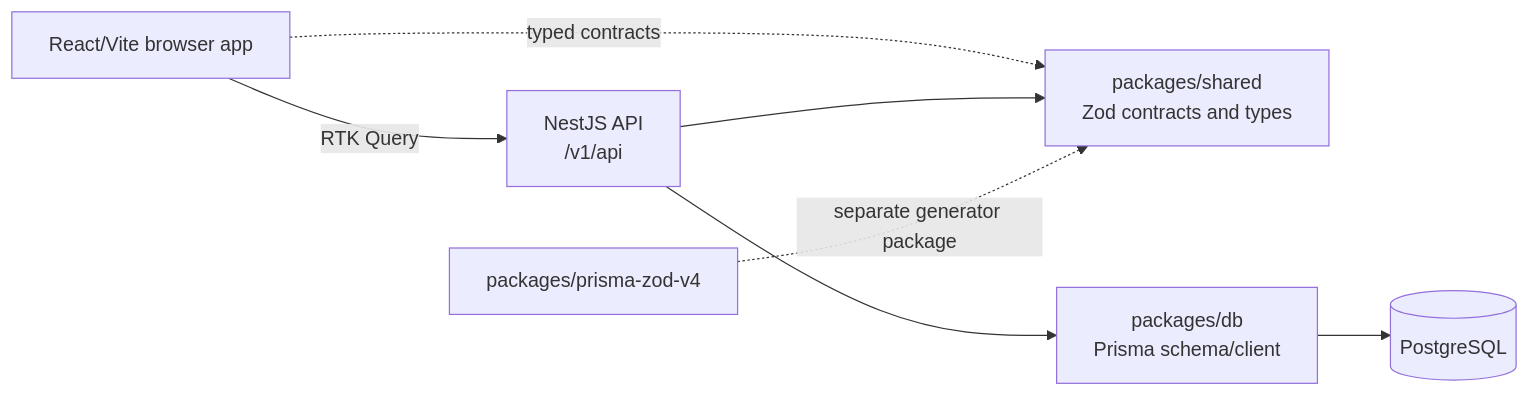
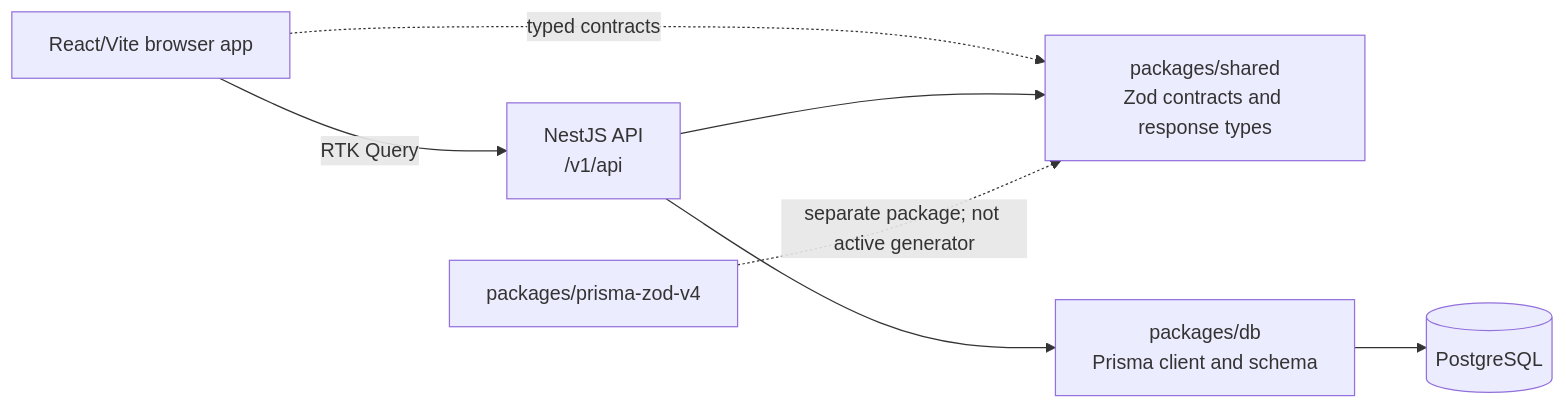
One commit to anubhav11803451/erp-platform changed the diagram in docs/architecture/system-overview.md. Above: the diagram before and after it, drawn with Mermaid. The commit also changed other lines of this file and 39 other files, not shown here.

Commit message:
feat(onboarding): add owner institution setup flow

````diff
--- a/docs/architecture/system-overview.md
+++ b/docs/architecture/system-overview.md
@@ -8,16 +11,16 @@
 ```mermaid
 flowchart LR
     Browser[React/Vite browser app]
-    Shared[packages/shared<br/>Zod contracts and types]
+    Shared[packages/shared<br/>Zod contracts and response types]
     API[NestJS API<br/>/v1/api]
-    DBPkg[packages/db<br/>Prisma schema/client]
+    DBPkg[packages/db<br/>Prisma client and schema]
     Generator[packages/prisma-zod-v4]
     Postgres[(PostgreSQL)]
 
     Browser -->|RTK Query| API
     Browser -. typed contracts .-> Shared
     API --> Shared
     API --> DBPkg
     DBPkg --> Postgres
-    Generator -. separate generator package .-> Shared
+    Generator -. separate package; not active generator .-> Shared
 ```
````
